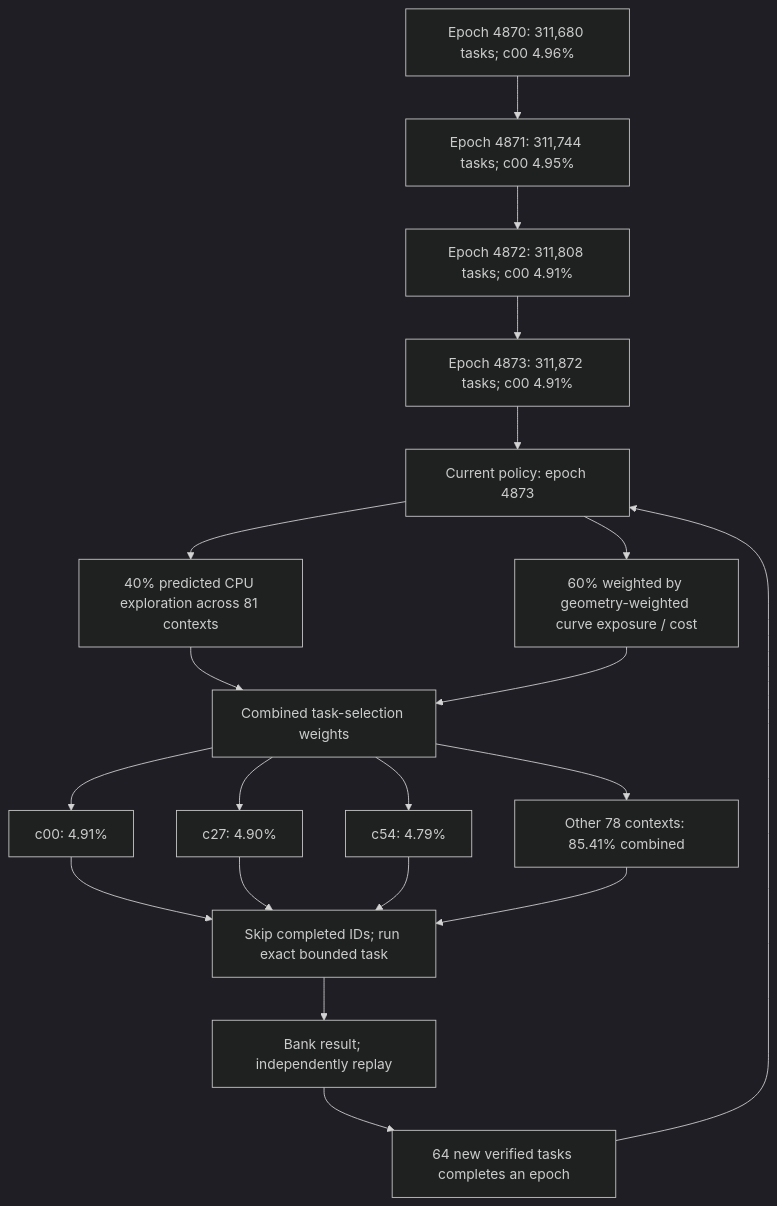
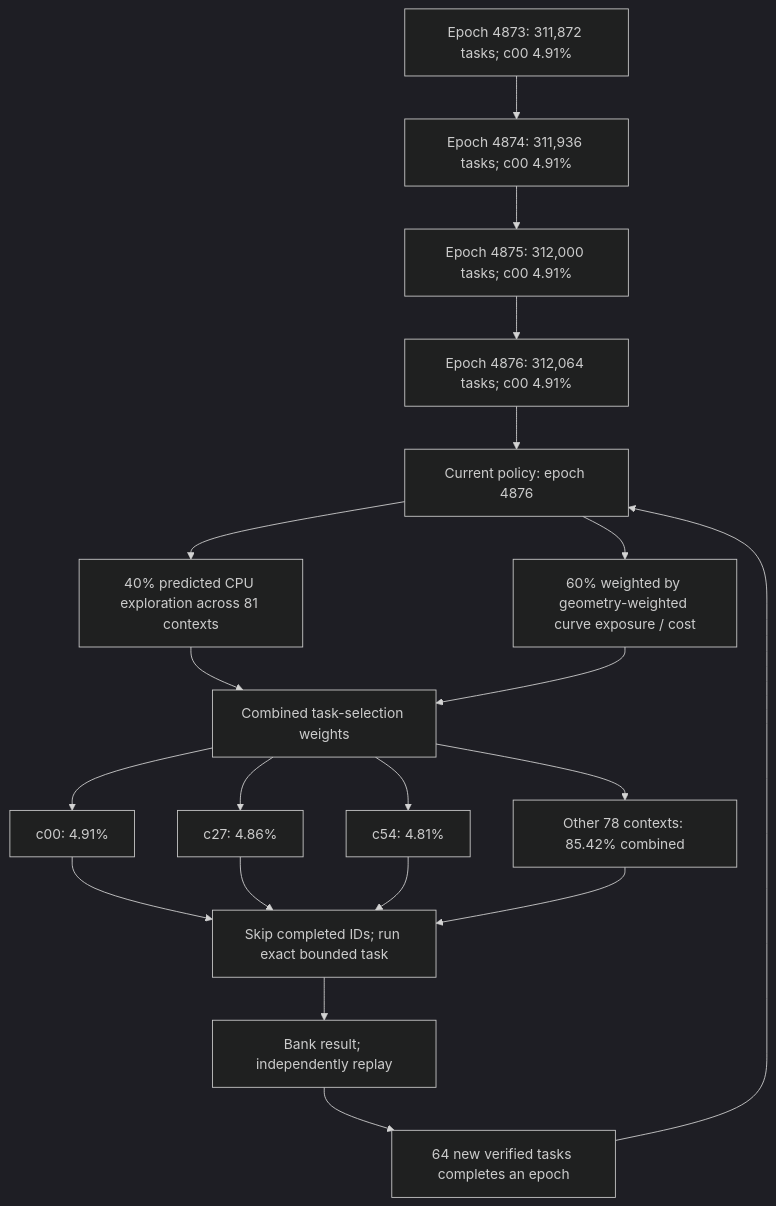
Before and after one commit to Kuberwastaken/math-gambling: the first of 3 diagrams in README.md, drawn with Mermaid (dark theme). The commit also changed other lines of this file and 523 other files, not shown here.

````diff
--- a/README.md
+++ b/README.md
@@ -60,27 +60,27 @@
 ```mermaid
 flowchart TD
-    H0["Epoch 4870: 311,680 tasks; c00 4.96%"]
-    H1["Epoch 4871: 311,744 tasks; c00 4.95%"]
+    H0["Epoch 4873: 311,872 tasks; c00 4.91%"]
+    H1["Epoch 4874: 311,936 tasks; c00 4.91%"]
     H0 --> H1
-    H2["Epoch 4872: 311,808 tasks; c00 4.91%"]
+    H2["Epoch 4875: 312,000 tasks; c00 4.91%"]
     H1 --> H2
-    H3["Epoch 4873: 311,872 tasks; c00 4.91%"]
+    H3["Epoch 4876: 312,064 tasks; c00 4.91%"]
     H2 --> H3
-    Policy["Current policy: epoch 4873"]
+    Policy["Current policy: epoch 4876"]
     H3 --> Policy
     Policy --> Explore["40% predicted CPU exploration across 81 contexts"]
     Policy --> Cost["60% weighted by geometry-weighted curve exposure / cost"]
     Explore --> Mix["Combined task-selection weights"]
     Cost --> Mix
     Mix --> C0["c00: 4.91%"]
-    Mix --> C1["c27: 4.90%"]
-    Mix --> C2["c54: 4.79%"]
-    Mix --> Rest["Other 78 contexts: 85.41% combined"]
+    Mix --> C1["c27: 4.86%"]
+    Mix --> C2["c54: 4.81%"]
+    Mix --> Rest["Other 78 contexts: 85.42% combined"]
     C0 --> Check["Skip completed IDs; run exact bounded task"]
     C1 --> Check
     C2 --> Check
     Rest --> Check
     Check --> Replay["Bank result; independently replay"]
     Replay --> Gate["64 new verified tasks completes an epoch"]
     Gate --> Policy
 ```
````
